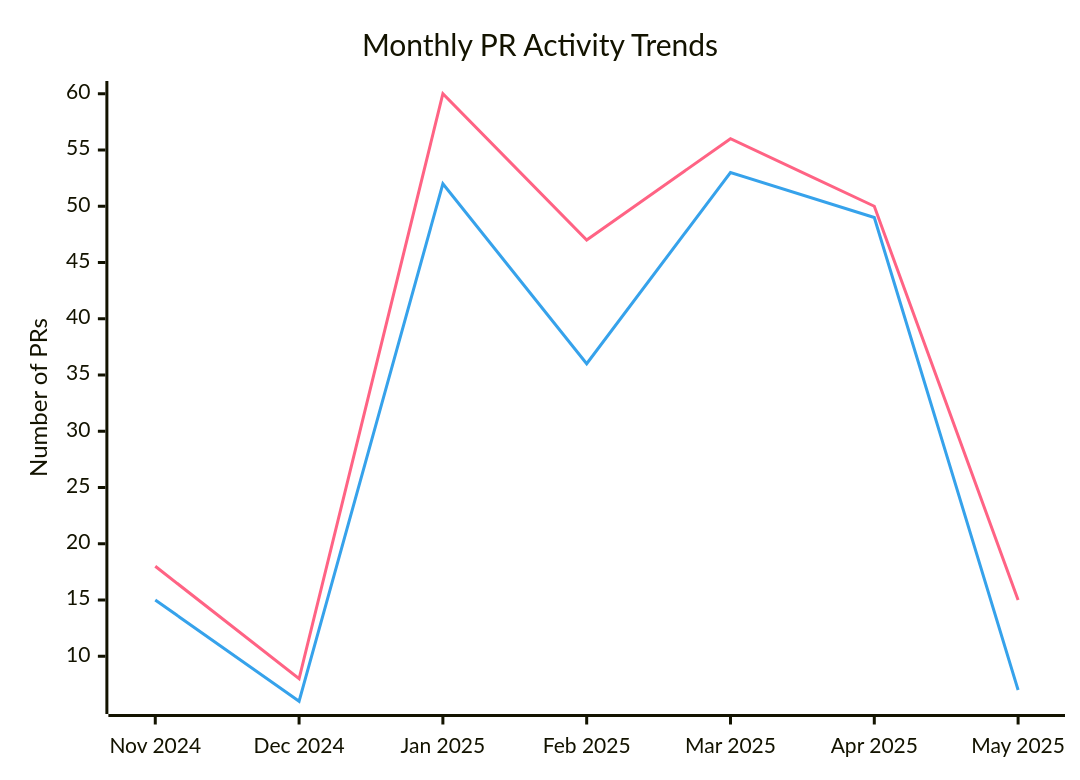
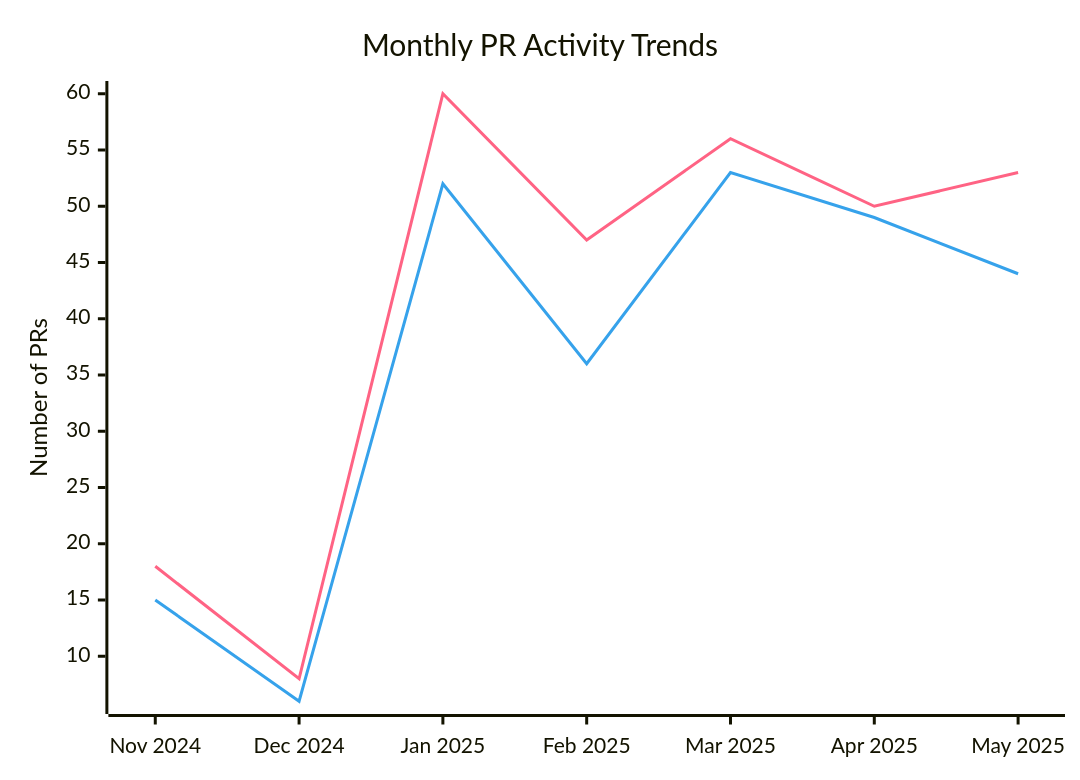
One commit to microsoft/edge-ai changed the first of 11 diagrams in docs/contributions.md. Above: the diagram before and after it, drawn with Mermaid. The commit also changed other lines of this file and 2 other files, not shown here.

````diff
--- a/docs/contributions.md
+++ b/docs/contributions.md
@@ -21,10 +21,10 @@
 ``` mermaid
 
 xychart-beta
     title "Monthly PR Activity Trends"
 %%{init: {"themeVariables": {"xyChart": {"plotColorPalette": "#FF6384, #36A2EB"}}}}%%
     x-axis ["Nov 2024", "Dec 2024", "Jan 2025", "Feb 2025", "Mar 2025", "Apr 2025", "May 2025"]
     y-axis "Number of PRs"
-    line "Created PRs" [18, 8, 60, 47, 56, 50, 15]
-    line "Completed PRs" [15, 6, 52, 36, 53, 49, 7]
+    line "Created PRs" [18, 8, 60, 47, 56, 50, 53]
+    line "Completed PRs" [15, 6, 52, 36, 53, 49, 44]
 ```
````
